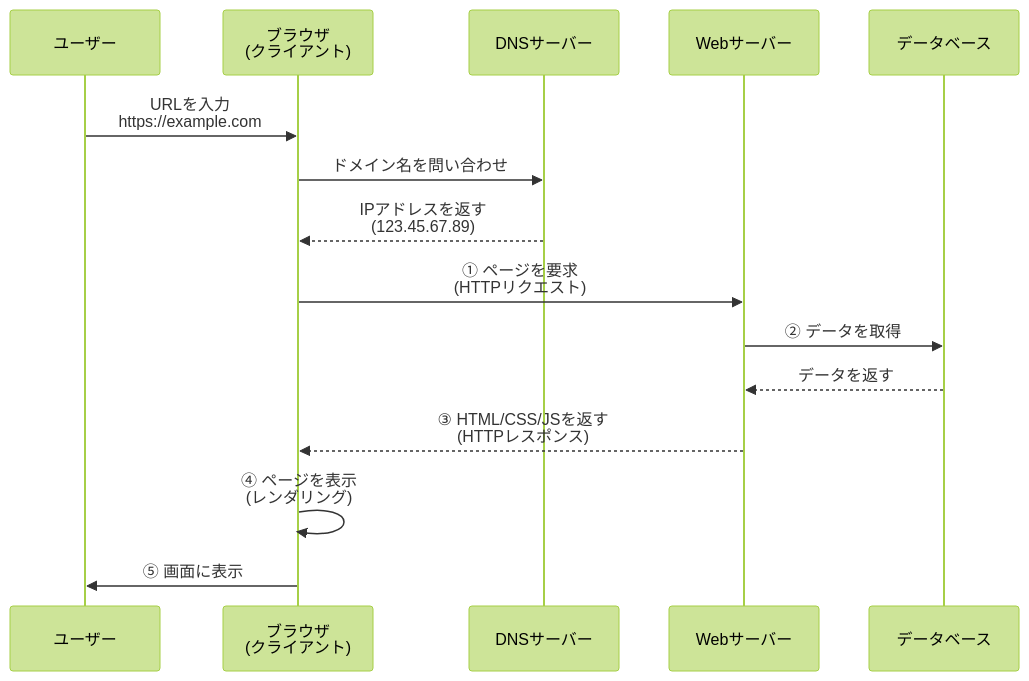
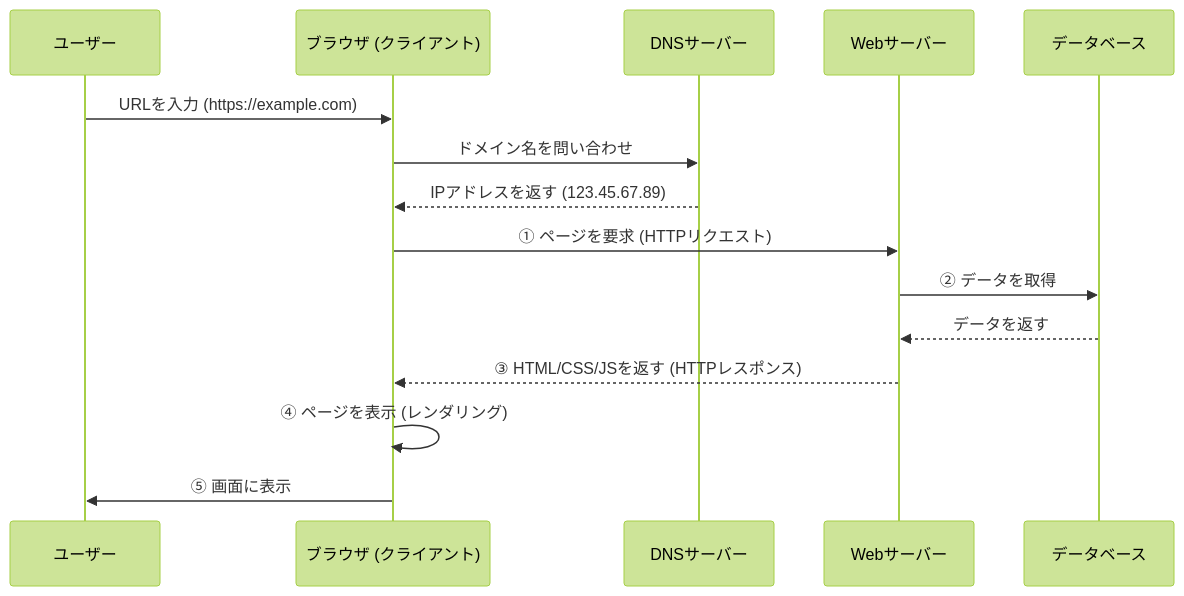
The third of 15 diagrams in docs/textbook/02-Web開発の基礎知識.md (shuhei0720/keion-circle-site), drawn with Mermaid (forest theme) before and after one commit. The commit also changed other lines of this file, not shown here.

First line of the commit message:
🐛 mermaid図のエラー修正とコード説明を大幅強化

````diff
--- a/docs/textbook/02-Web開発の基礎知識.md
+++ b/docs/textbook/02-Web開発の基礎知識.md
@@ -113,18 +113,18 @@
 ```mermaid
 sequenceDiagram
     participant U as ユーザー
-    participant B as ブラウザ<br/>(クライアント)
+    participant B as ブラウザ (クライアント)
     participant D as DNSサーバー
     participant W as Webサーバー
     participant DB as データベース
     
-    U->>B: URLを入力<br/>https://example.com
+    U->>B: URLを入力 (https://example.com)
     B->>D: ドメイン名を問い合わせ
-    D-->>B: IPアドレスを返す<br/>(123.45.67.89)
-    B->>W: ① ページを要求<br/>(HTTPリクエスト)
+    D-->>B: IPアドレスを返す (123.45.67.89)
+    B->>W: ① ページを要求 (HTTPリクエスト)
     W->>DB: ② データを取得
     DB-->>W: データを返す
-    W-->>B: ③ HTML/CSS/JSを返す<br/>(HTTPレスポンス)
-    B->>B: ④ ページを表示<br/>(レンダリング)
+    W-->>B: ③ HTML/CSS/JSを返す (HTTPレスポンス)
+    B->>B: ④ ページを表示 (レンダリング)
     B->>U: ⑤ 画面に表示
 ```
````
